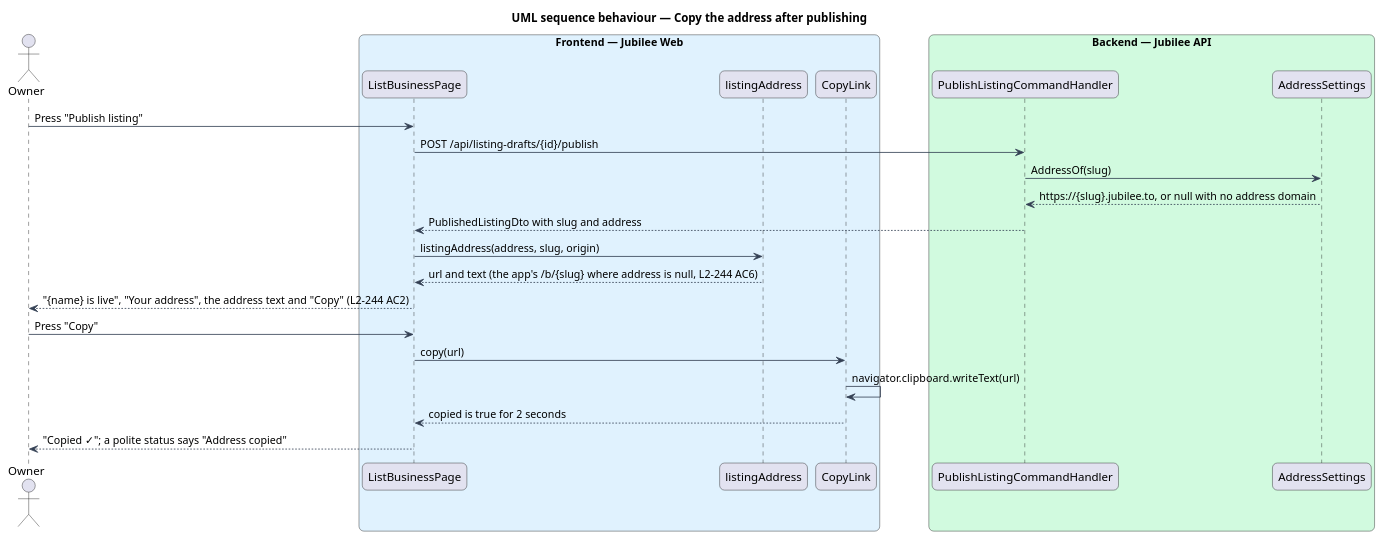
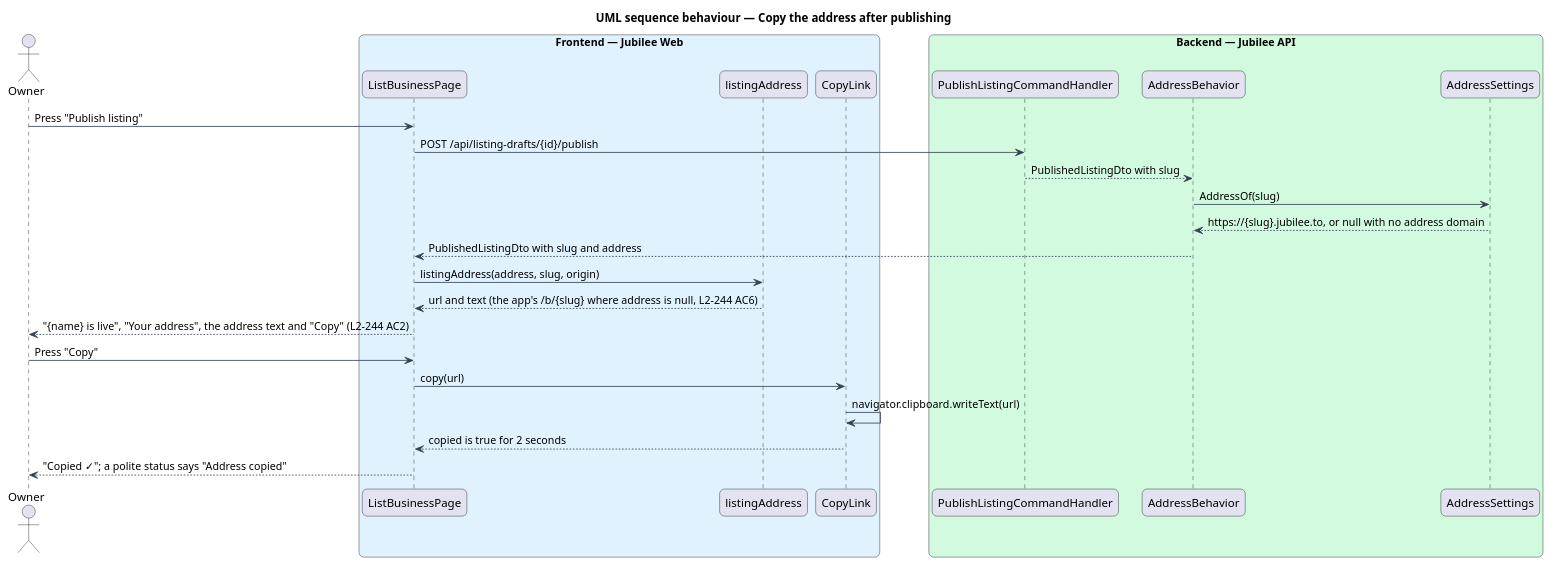
The diagram in docs/detailed-designs/listings/share-listing-address/diagrams/sequence-copy-address.puml (QuinntyneBrown/jubilee), drawn with PlantUML before and after one commit. The commit also changed 21 other files, not shown here.

```diff
--- a/docs/detailed-designs/listings/share-listing-address/diagrams/sequence-copy-address.puml
+++ b/docs/detailed-designs/listings/share-listing-address/diagrams/sequence-copy-address.puml
@@ -1,40 +1,42 @@
 @startuml
 title UML sequence behaviour — Copy the address after publishing
 skinparam backgroundColor #FFFFFF
 skinparam shadowing false
 skinparam roundcorner 12
 skinparam defaultFontName Arial
 skinparam ArrowColor #344054
 skinparam rectangle {
   BorderColor #344054
   FontColor #101828
 }
 skinparam package {
   BorderColor #667085
   FontColor #101828
   BackgroundColor #F9FAFB
 }
 actor "Owner" as owner
 box "Frontend — Jubilee Web" #E0F2FE
   participant "ListBusinessPage" as page
   participant "listingAddress" as helper
   participant "CopyLink" as copy
 end box
 box "Backend — Jubilee API" #D1FADF
   participant "PublishListingCommandHandler" as handler
+  participant "AddressBehavior" as behavior
   participant "AddressSettings" as settings
 end box
 owner -> page : Press "Publish listing"
 page -> handler : POST /api/listing-drafts/{id}/publish
-handler -> settings : AddressOf(slug)
-settings --> handler : https://{slug}.jubilee.to, or null with no address domain
-handler --> page : PublishedListingDto with slug and address
+handler --> behavior : PublishedListingDto with slug
+behavior -> settings : AddressOf(slug)
+settings --> behavior : https://{slug}.jubilee.to, or null with no address domain
+behavior --> page : PublishedListingDto with slug and address
 page -> helper : listingAddress(address, slug, origin)
 helper --> page : url and text (the app's /b/{slug} where address is null, L2-244 AC6)
 page --> owner : "{name} is live", "Your address", the address text and "Copy" (L2-244 AC2)
 owner -> page : Press "Copy"
 page -> copy : copy(url)
 copy -> copy : navigator.clipboard.writeText(url)
 copy --> page : copied is true for 2 seconds
 page --> owner : "Copied ✓"; a polite status says "Address copied"
 @enduml
```
